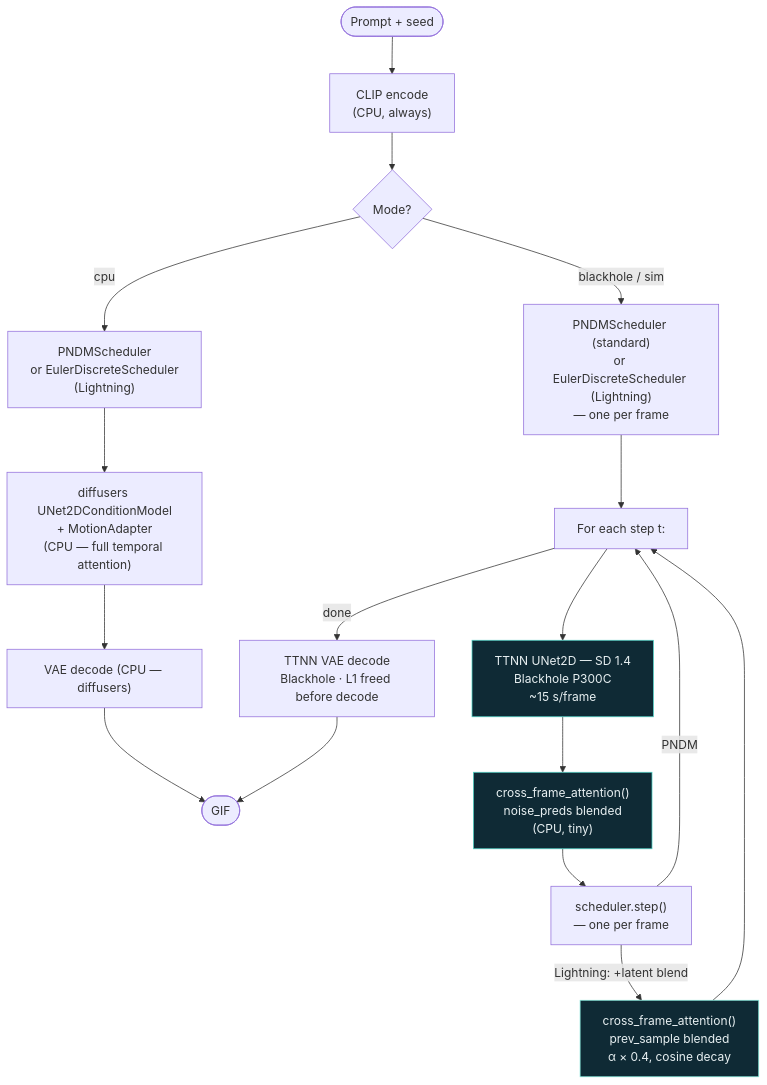
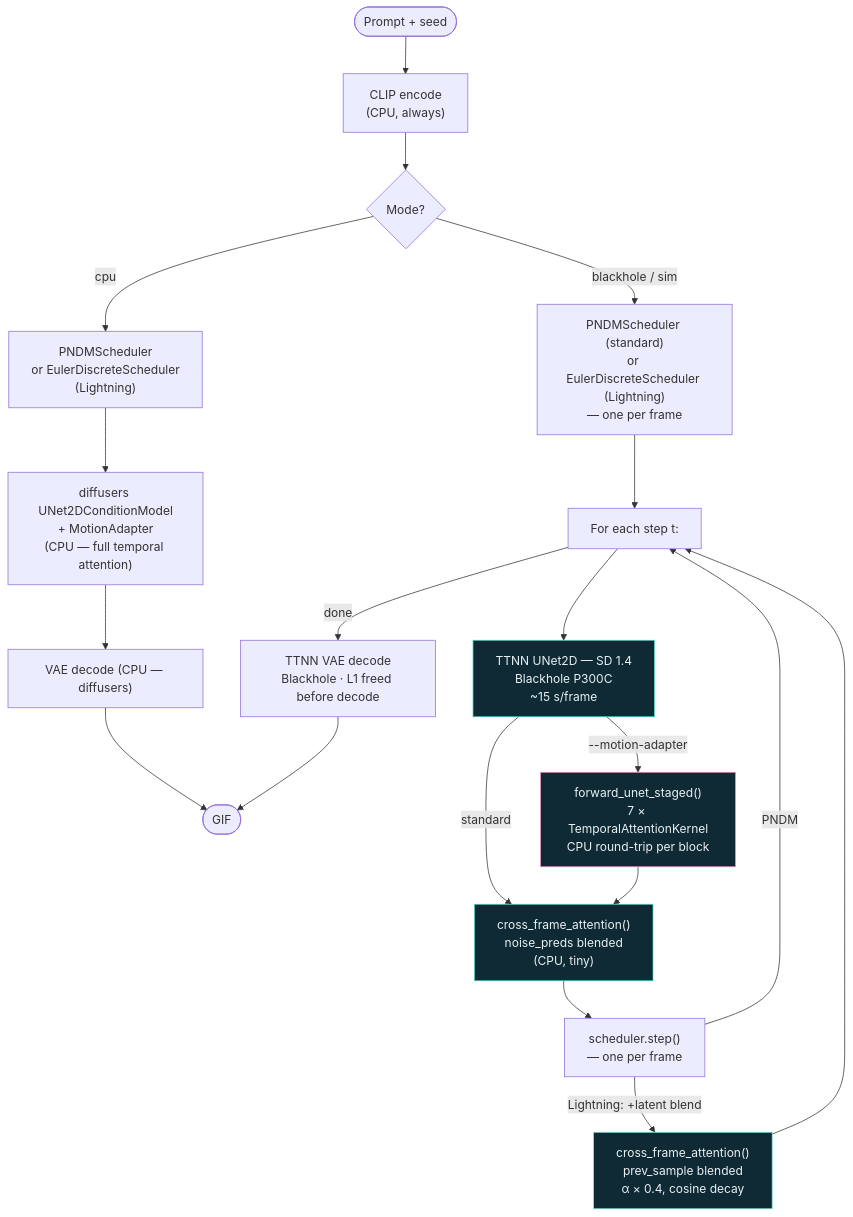
The first of 2 diagrams in README.md (tenstorrent/tt-animatediff), drawn with Mermaid before and after one commit. The commit also changed other lines of this file and 1 other file, not shown here.

````diff
--- a/README.md
+++ b/README.md
@@ -306,25 +335,28 @@
 ```mermaid
 flowchart TD
     P([Prompt + seed]) --> ENC["CLIP encode\n(CPU, always)"]
     ENC --> MODE{Mode?}
 
     MODE -->|cpu| CPU_SCHED["PNDMScheduler\nor EulerDiscreteScheduler\n(Lightning)"]
     CPU_SCHED --> CPU_UNET["diffusers UNet2DConditionModel\n+ MotionAdapter\n(CPU — full temporal attention)"]
     CPU_UNET --> CPU_VAE["VAE decode (CPU — diffusers)"]
     CPU_VAE --> GIF([GIF])
 
     MODE -->|blackhole / sim| BH_SCHED["PNDMScheduler (standard)\nor EulerDiscreteScheduler (Lightning)\n— one per frame"]
     BH_SCHED --> LOOP["For each step t:"]
     LOOP --> BH_UNET["TTNN UNet2D — SD 1.4\nBlackhole P300C\n~15 s/frame"]
-    BH_UNET --> CFA["cross_frame_attention()\nnoise_preds blended\n(CPU, tiny)"]
+    BH_UNET -->|--motion-adapter| MA["forward_unet_staged()\n7 × TemporalAttentionKernel\nCPU round-trip per block"]
+    BH_UNET -->|standard| CFA
+    MA --> CFA["cross_frame_attention()\nnoise_preds blended\n(CPU, tiny)"]
     CFA --> STEP["scheduler.step()\n— one per frame"]
     STEP -->|Lightning: +latent blend| LAT["cross_frame_attention()\nprev_sample blended\nα × 0.4, cosine decay"]
     LAT --> LOOP
     STEP -->|PNDM| LOOP
     LOOP -->|done| BH_VAE["TTNN VAE decode\nBlackhole · L1 freed before decode"]
     BH_VAE --> GIF
 
     style BH_UNET fill:#0f2a35,stroke:#4fd1c5,color:#e8f0f2
+    style MA fill:#0f2a35,stroke:#ec96b8,color:#e8f0f2
     style CFA fill:#0f2a35,stroke:#4fd1c5,color:#e8f0f2
     style LAT fill:#0f2a35,stroke:#81e6d9,color:#e8f0f2
 ```
````
